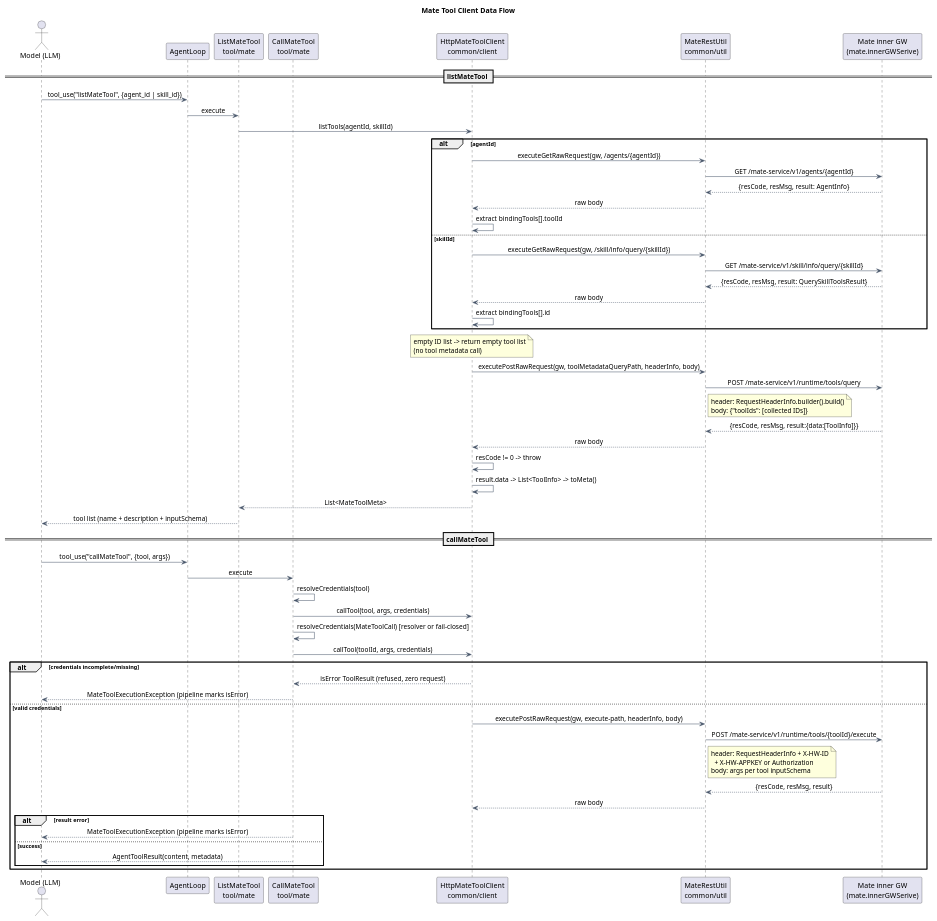
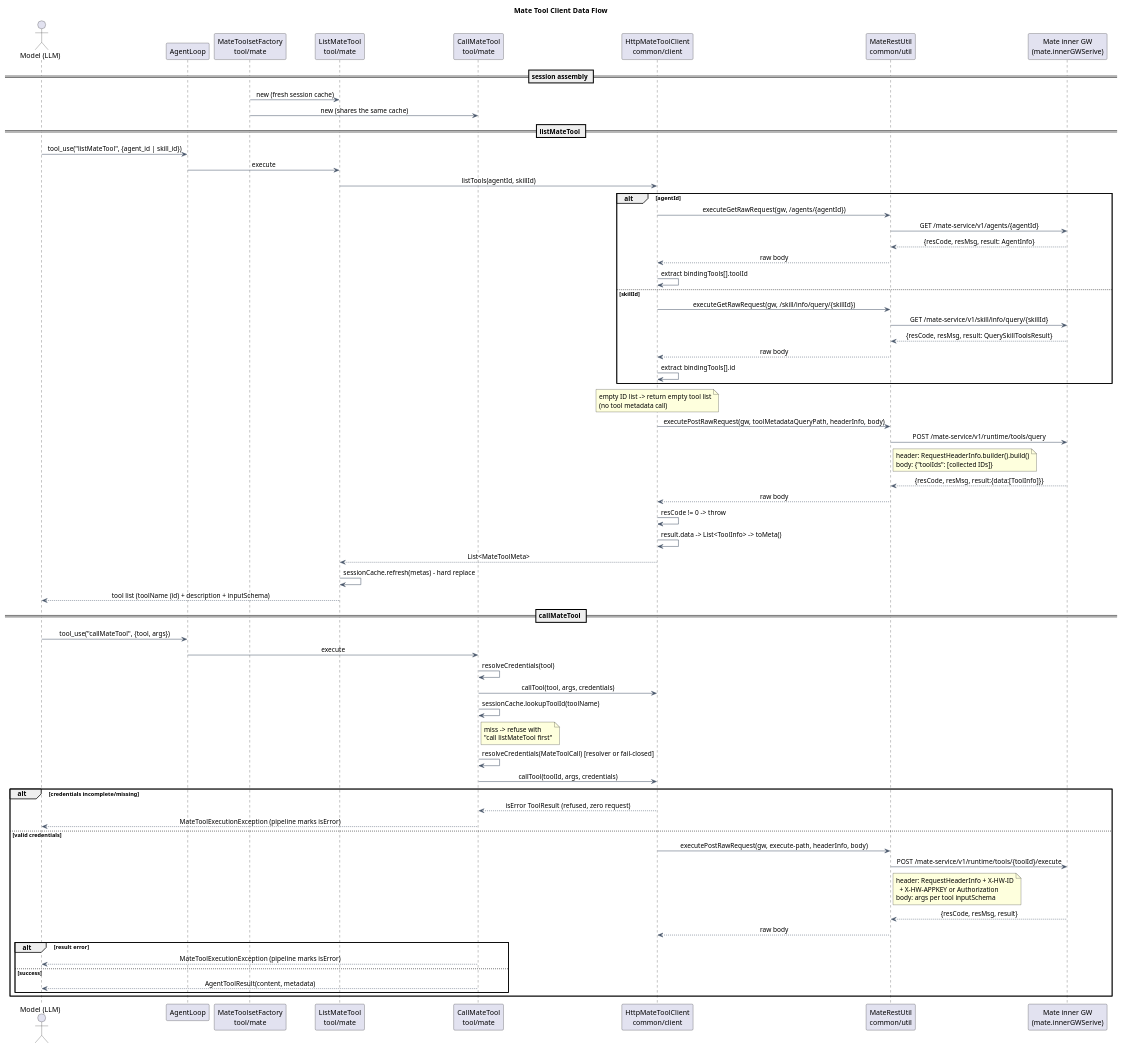
One commit to 2862282695gjh-afk/pi-mono-java changed the second of 2 diagrams in docs/designs/mate-tool-client/diagram.puml. Above: the diagram before and after it, drawn with PlantUML. The commit also changed other lines of this file and 8 other files, not shown here.

First line of the commit message:
fix(mate-tool): snake_case 元数据显式映射 + PlantUML 会话工厂架构(十二轮)

```diff
--- a/docs/designs/mate-tool-client/diagram.puml
+++ b/docs/designs/mate-tool-client/diagram.puml
@@ -133,98 +154,112 @@
 @startuml mate_tool_client_dataflow
 ' Source evidence:
 ' - modules/coding-agent-cli/src/main/java/com/campusclaw/codingagent/tool/mate/CallMateTool.java:
 '   execute (credential hook, error propagation)
 ' - modules/coding-agent-cli/src/main/java/com/campusclaw/codingagent/tool/mate/ListMateTool.java:
 '   execute (agent/skill passthrough, response formatting)
 ' - modules/coding-agent-cli/src/main/java/com/campusclaw/codingagent/common/client/HttpMateToolClient.java:
 '   listTools (two-step: agent/skill metadata GET -> binding tool IDs,
 '   then tool metadata POST), callTool (execute RPC)
 ' - modules/coding-agent-cli/src/main/java/com/campusclaw/codingagent/common/util/MateRestUtil.java:
 '   executePostRawRequest, resCode/resMsg/result envelope
 ' Source baseline: superheromeZzh/pi-mono-java commit 1e9d4ee2e14717764f8403c20375c55512cbd97b
-' Observed behavior: listMateTool resolves bound tool IDs from agent/skill
-' metadata (GET), then POSTs the tool metadata endpoint credential-free;
-' callMateTool forwards the call with
-' resolveCredentials() output; errors become exceptions so the pipeline marks
-' isError=true.
-' Architecture change: all three outbound paths are injected from application
-' configuration rather than hidden in static Java constants.
-' Design reason: stateless tools with per-call credential resolution avoid
-' cross-session leakage on the process-wide singleton client.
+' Observed behavior: each session starts at MateToolsetFactory.create();
+' listMateTool resolves bound tool IDs from agent/skill metadata (GET), POSTs
+' the tool metadata endpoint credential-free, then hard-refreshes the session
+' cache; callMateTool maps the tool name via the cache (miss = refuse with
+' "call listMateTool first"), resolves credentials per call and POSTs the
+' execute endpoint with the mapped tool id; errors become exceptions so the
+' pipeline marks isError=true.
+' Architecture change: all outbound paths are injected from application
+' configuration rather than hidden in static Java constants; the tool pair is
+' created per session by the factory, never shared as a singleton.
+' Design reason: the name-to-id cache is session state; factory pairing gives
+' in-group sharing (list feeds call) with cross-session isolation.
 
 skinparam backgroundColor white
 skinparam shadowing false
 skinparam ArrowColor #475569
 skinparam SequenceMessageAlignment center
 
 title Mate Tool Client Data Flow
 
 actor "Model (LLM)" as llm
 participant "AgentLoop" as loop
+participant "MateToolsetFactory\ntool/mate" as factory
 participant "ListMateTool\ntool/mate" as listTool
 participant "CallMateTool\ntool/mate" as callTool
 participant "HttpMateToolClient\ncommon/client" as http
 participant "MateRestUtil\ncommon/util" as rest
 participant "Mate inner GW\n(mate.innerGWSerive)" as gw
+
+== session assembly ==
+factory -> listTool: new (fresh session cache)
+factory -> callTool: new (shares the same cache)
 
 == listMateTool ==
 llm -> loop: tool_use("listMateTool", {agent_id | skill_id})
 loop -> listTool: execute
 listTool -> http: listTools(agentId, skillId)
 alt agentId
   http -> rest: executeGetRawRequest(gw, /agents/{agentId})
   rest -> gw: GET /mate-service/v1/agents/{agentId}
   gw --> rest: {resCode, resMsg, result: AgentInfo}
   rest --> http: raw body
   http -> http: extract bindingTools[].toolId
 else skillId
   http -> rest: executeGetRawRequest(gw, /skill/info/query/{skillId})
   rest -> gw: GET /mate-service/v1/skill/info/query/{skillId}
   gw --> rest: {resCode, resMsg, result: QuerySkillToolsResult}
   rest --> http: raw body
   http -> http: extract bindingTools[].id
 end
 note over http
   empty ID list -> return empty tool list
   (no tool metadata call)
 end note
 http -> rest: executePostRawRequest(gw, toolMetadataQueryPath, headerInfo, body)
 rest -> gw: POST /mate-service/v1/runtime/tools/query
 note right of rest
   header: RequestHeaderInfo.builder().build()
   body: {"toolIds": [collected IDs]}
 end note
 gw --> rest: {resCode, resMsg, result:{data:[ToolInfo]}}
 rest --> http: raw body
 http -> http: resCode != 0 -> throw
 http -> http: result.data -> List<ToolInfo> -> toMeta()
 http --> listTool: List<MateToolMeta>
-listTool --> llm: tool list (name + description + inputSchema)
+listTool -> listTool: sessionCache.refresh(metas) - hard replace
+listTool --> llm: tool list (toolName (id) + description + inputSchema)
 
 == callMateTool ==
 llm -> loop: tool_use("callMateTool", {tool, args})
 loop -> callTool: execute
 callTool -> callTool: resolveCredentials(tool)
 callTool -> http: callTool(tool, args, credentials)
+callTool -> callTool: sessionCache.lookupToolId(toolName)
+note right of callTool
+  miss -> refuse with
+  "call listMateTool first"
+end note
 callTool -> callTool: resolveCredentials(MateToolCall) [resolver or fail-closed]
 callTool -> http: callTool(toolId, args, credentials)
 alt credentials incomplete/missing
   http --> callTool: isError ToolResult (refused, zero request)
   callTool --> llm: MateToolExecutionException (pipeline marks isError)
 else valid credentials
   http -> rest: executePostRawRequest(gw, execute-path, headerInfo, body)
   rest -> gw: POST /mate-service/v1/runtime/tools/{toolId}/execute
   note right of rest
     header: RequestHeaderInfo + X-HW-ID
       + X-HW-APPKEY or Authorization
     body: args per tool inputSchema
   end note
   gw --> rest: {resCode, resMsg, result}
   rest --> http: raw body
   alt result error
     callTool --> llm: MateToolExecutionException (pipeline marks isError)
   else success
     callTool --> llm: AgentToolResult(content, metadata)
   end
 end
 @enduml
```
